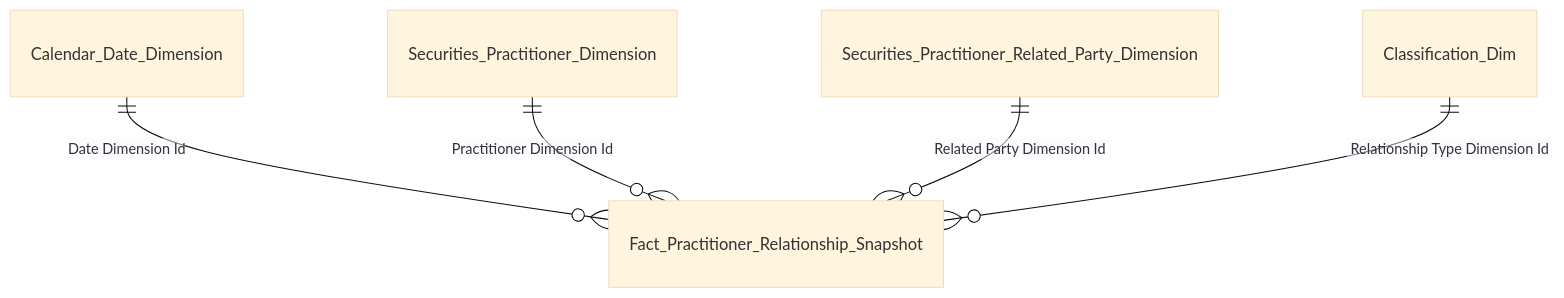
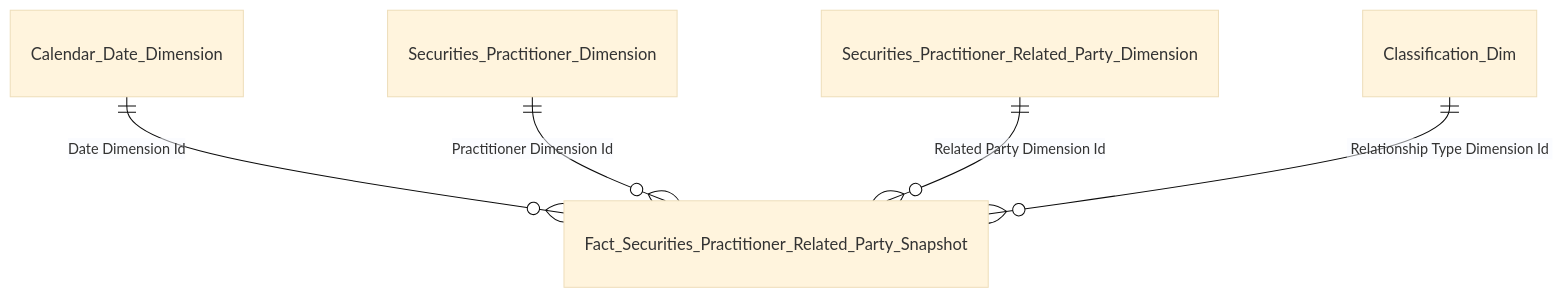
Before and after one commit to linhlvit/ubck_atomic_design: diagram 12 of 21 in Gold/hld/GOLD_NHNCK_HLD.md, drawn with Mermaid (base theme). The commit also changed other lines of this file and 9 other files, not shown here.

````diff
--- a/Gold/hld/GOLD_NHNCK_HLD.md
+++ b/Gold/hld/GOLD_NHNCK_HLD.md
@@ -329,7 +329,7 @@
 ```mermaid
 erDiagram
-    Calendar_Date_Dimension ||--o{ Fact_Practitioner_Relationship_Snapshot : "Date Dimension Id"
-    Securities_Practitioner_Dimension ||--o{ Fact_Practitioner_Relationship_Snapshot : "Practitioner Dimension Id"
-    Securities_Practitioner_Related_Party_Dimension ||--o{ Fact_Practitioner_Relationship_Snapshot : "Related Party Dimension Id"
-    Classification_Dim ||--o{ Fact_Practitioner_Relationship_Snapshot : "Relationship Type Dimension Id"
+    Calendar_Date_Dimension ||--o{ Fact_Securities_Practitioner_Related_Party_Snapshot : "Date Dimension Id"
+    Securities_Practitioner_Dimension ||--o{ Fact_Securities_Practitioner_Related_Party_Snapshot : "Practitioner Dimension Id"
+    Securities_Practitioner_Related_Party_Dimension ||--o{ Fact_Securities_Practitioner_Related_Party_Snapshot : "Related Party Dimension Id"
+    Classification_Dim ||--o{ Fact_Securities_Practitioner_Related_Party_Snapshot : "Relationship Type Dimension Id"
 ```
````
